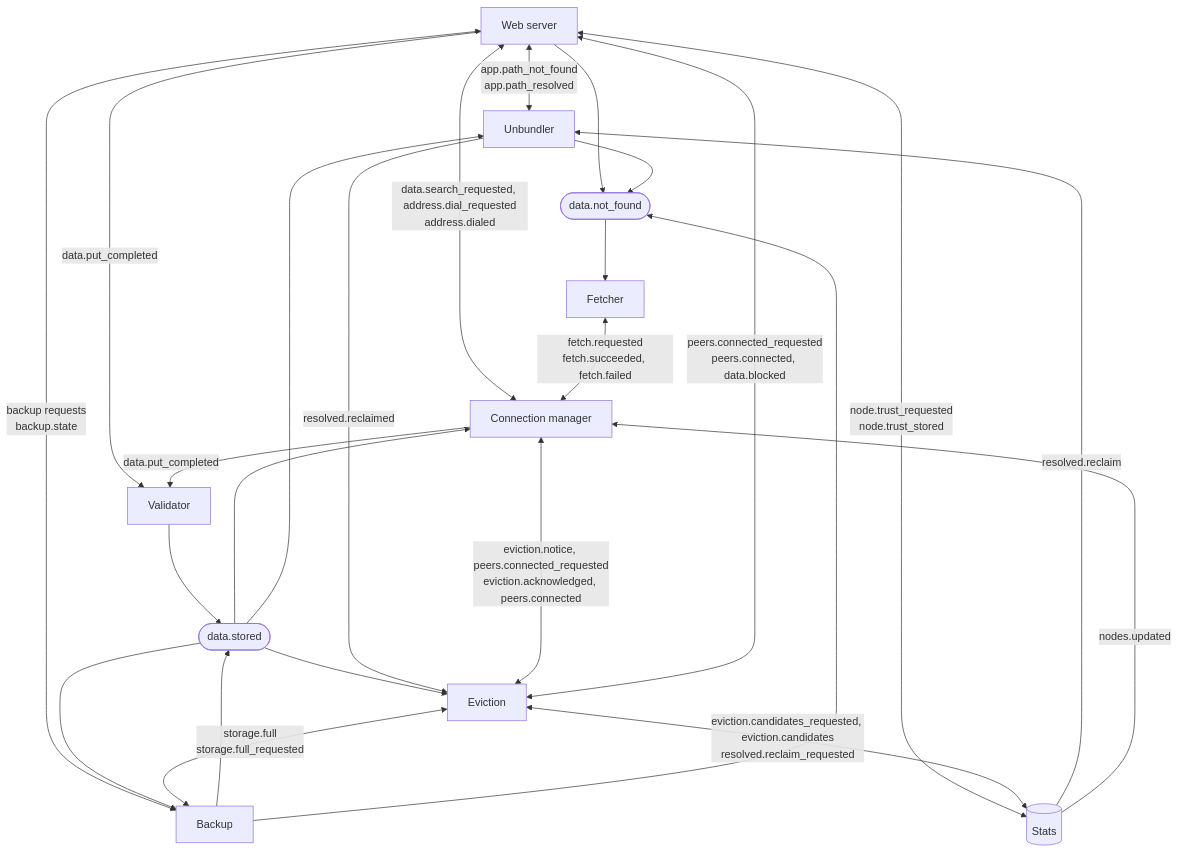
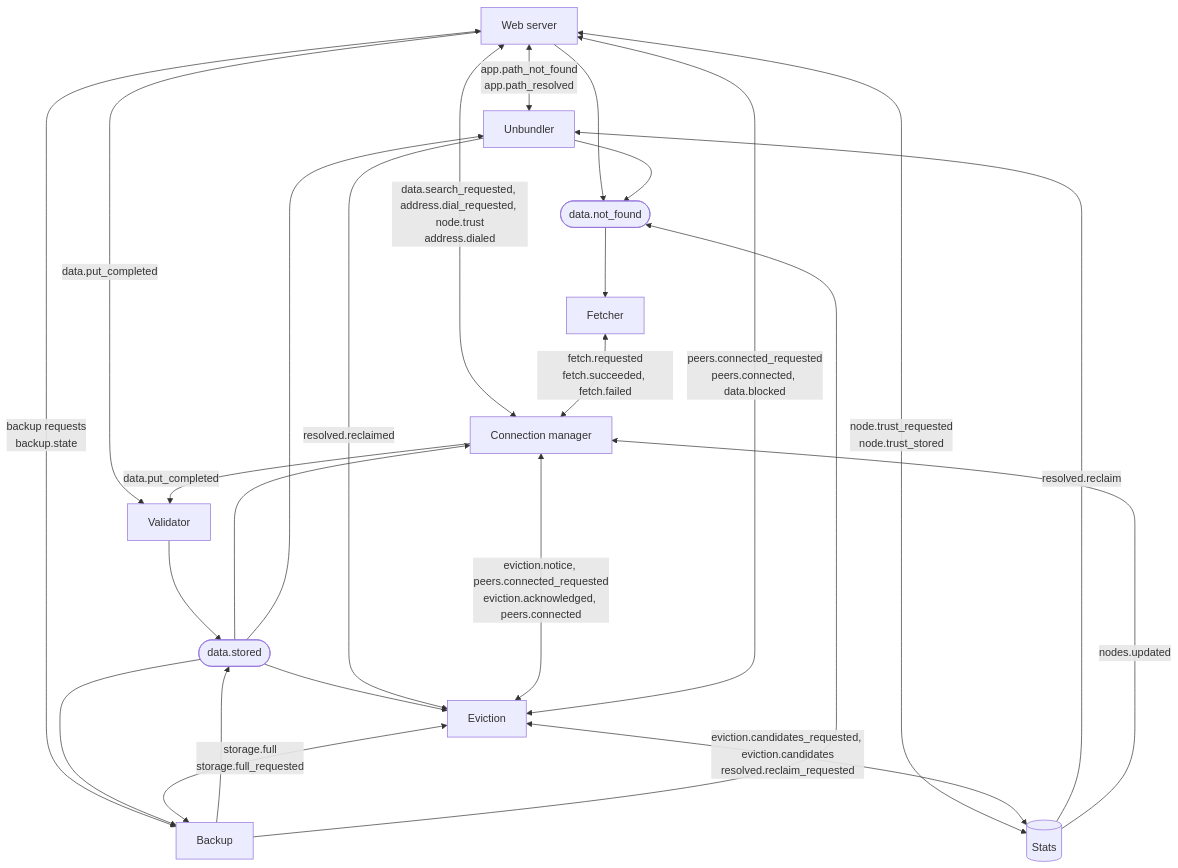
Before and after one commit to marcpage/libranet: the eighth of 13 diagrams in docs/implementation/Module System.md, drawn with Mermaid. The commit also changed other lines of this file and 25 other files, not shown here.

````diff
--- a/docs/implementation/Module System.md
+++ b/docs/implementation/Module System.md
@@ -994,38 +996,38 @@
 ```mermaid
 flowchart TB
     web["Web server"]
     unb["Unbundler"]
     backup["Backup"]
     val["Validator"]
     fetch["Fetcher"]
     conn["Connection manager"]
     evict["Eviction"]
     stats[("Stats")]
     stored(["data.stored"])
     missing(["data.not_found"])
 
     web <-->|"app.path_not_found<br/>app.path_resolved"| unb
     web <-->|"backup requests<br/>backup.state"| backup
     web -->|"data.put_completed"| val
-    web <-->|"data.search_requested, address.dial_requested<br/>address.dialed"| conn
+    web <-->|"data.search_requested, address.dial_requested, node.trust<br/>address.dialed"| conn
     web <-->|"node.trust_requested<br/>node.trust_stored"| stats
     conn -->|"data.put_completed"| val
     val --> stored
     backup --> stored
     stored --> conn
     stored --> evict
     stored --> backup
     stored --> unb
     web --> missing
     unb --> missing
     backup --> missing
     missing --> fetch
     fetch <-->|"fetch.requested<br/>fetch.succeeded, fetch.failed"| conn
     evict <-->|"eviction.notice, peers.connected_requested<br/>eviction.acknowledged, peers.connected"| conn
     evict <-->|"peers.connected_requested<br/>peers.connected, data.blocked"| web
     evict <-->|"storage.full<br/>storage.full_requested"| backup
     evict <-->|"eviction.candidates_requested, eviction.candidates<br/>resolved.reclaim_requested"| stats
     stats -->|"resolved.reclaim"| unb
     unb -->|"resolved.reclaimed"| evict
     stats -->|"nodes.updated"| conn
 ```
````
